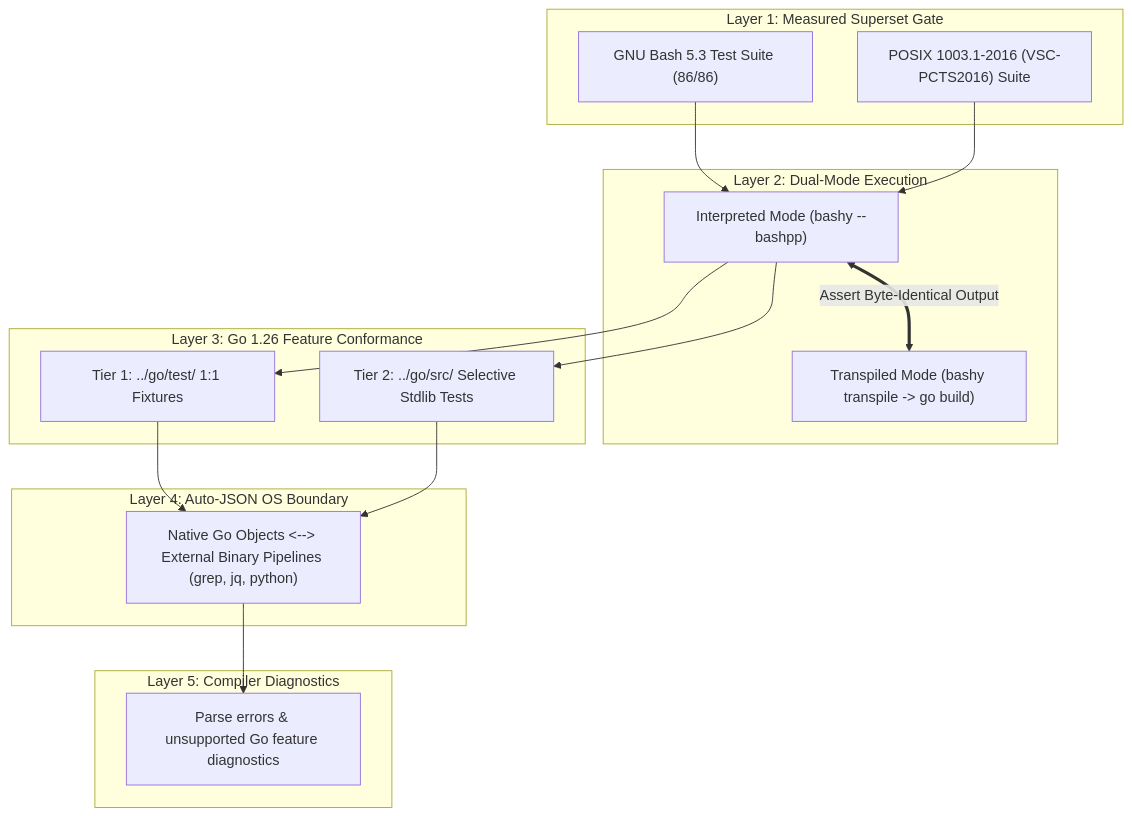
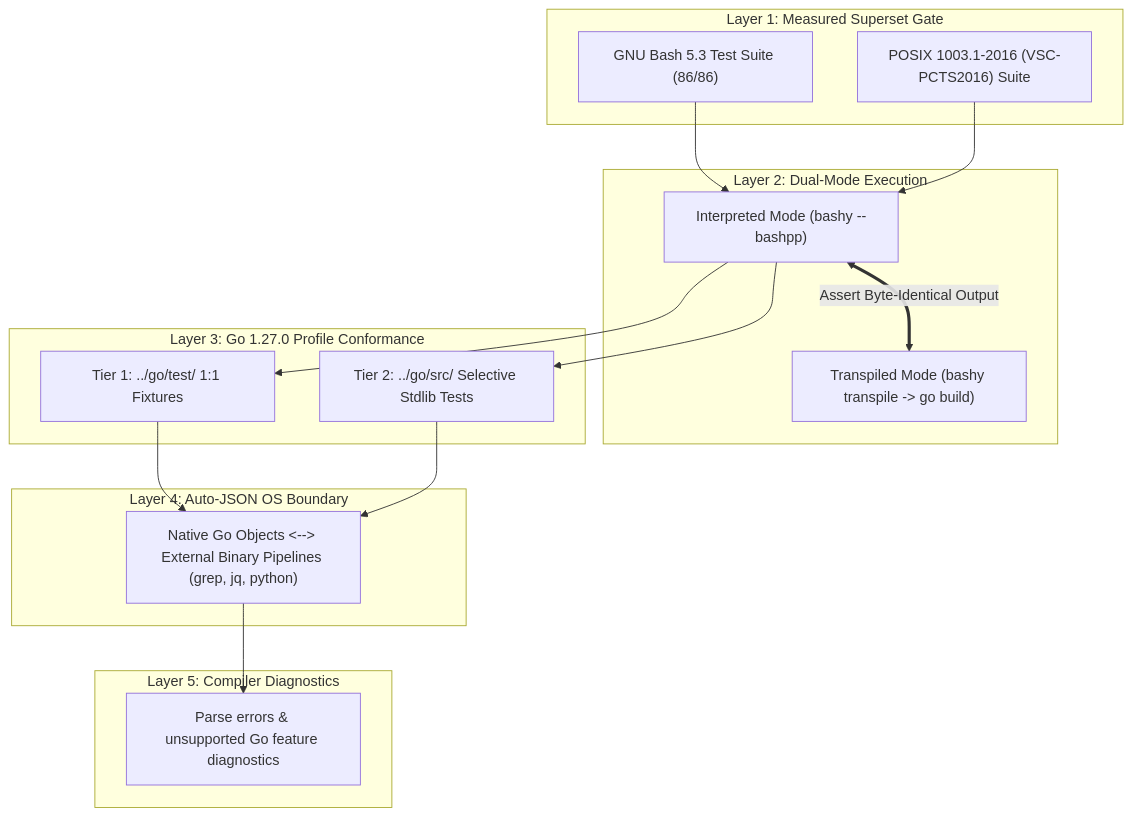
Before and after one commit to qiangli/bashpp-tests: the second of 2 diagrams in PLAN.md, drawn with Mermaid. The commit also changed other lines of this file, not shown here.

````diff
--- a/PLAN.md
+++ b/PLAN.md
@@ -59,32 +62,32 @@
 ```mermaid
 graph TD
     subgraph Layer 1: Measured Superset Gate
         L1A["GNU Bash 5.3 Test Suite (86/86)"]
         L1B["POSIX 1003.1-2016 (VSC-PCTS2016) Suite"]
     end
 
     subgraph Layer 2: Dual-Mode Execution
         L2A["Interpreted Mode (bashy --bashpp)"]
         L2B["Transpiled Mode (bashy transpile -> go build)"]
     end
 
-    subgraph Layer 3: Go 1.26 Feature Conformance
+    subgraph Layer 3: Go 1.27.0 Profile Conformance
         L3A["Tier 1: ../go/test/ 1:1 Fixtures"]
         L3B["Tier 2: ../go/src/ Selective Stdlib Tests"]
     end
 
     subgraph Layer 4: Auto-JSON OS Boundary
         L4A["Native Go Objects <--> External Binary Pipelines (grep, jq, python)"]
     end
 
     subgraph Layer 5: Compiler Diagnostics
         L5A["Parse errors & unsupported Go feature diagnostics"]
     end
 
     L1A --> L2A
     L1B --> L2A
     L2A <== "Assert Byte-Identical Output" ==> L2B
     L2A --> L3A & L3B
     L3A & L3B --> L4A
     L4A --> L5A
 ```
````
